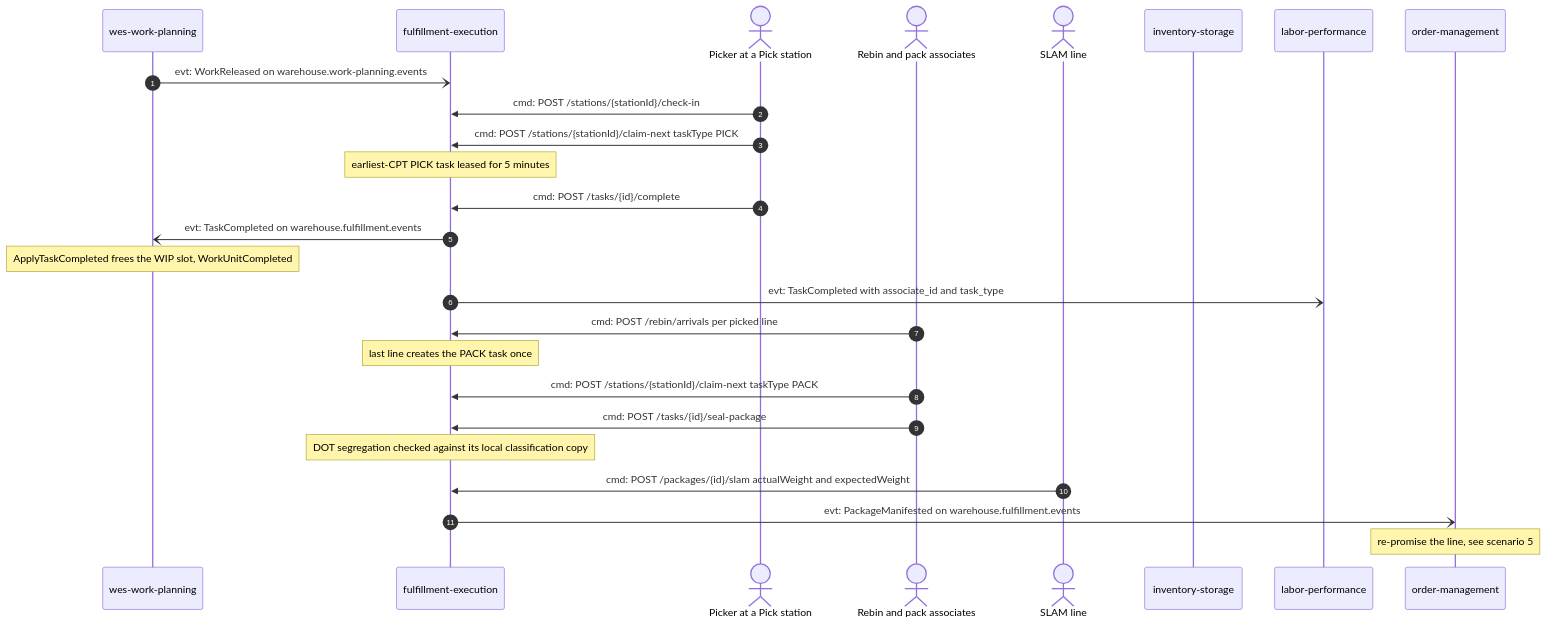
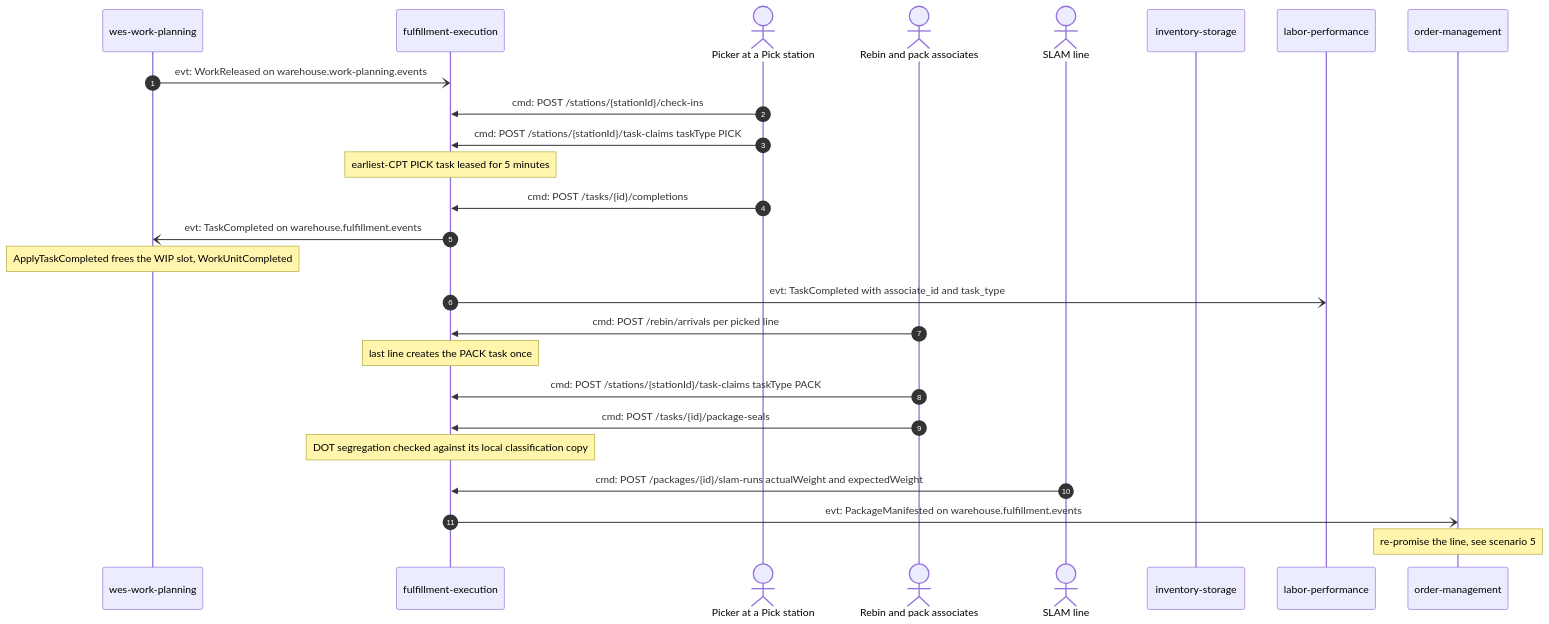
Before and after one commit to IQVO/warehouse-docs: the third of 11 diagrams in docs/strategic-design/domain-message-flows.md, drawn with Mermaid. The commit also changed other lines of this file and 272 other files, not shown here.

````diff
--- a/docs/strategic-design/domain-message-flows.md
+++ b/docs/strategic-design/domain-message-flows.md
@@ -202,28 +202,28 @@
 ```mermaid
 sequenceDiagram
     autonumber
     participant WP as wes-work-planning
     participant FE as fulfillment-execution
     actor Picker as Picker at a Pick station
     actor Packer as Rebin and pack associates
     actor Slam as SLAM line
     participant INV as inventory-storage
     participant LP as labor-performance
     participant OM as order-management
     WP-)FE: evt: WorkReleased on warehouse.work-planning.events
-    Picker->>FE: cmd: POST /stations/{stationId}/check-in
-    Picker->>FE: cmd: POST /stations/{stationId}/claim-next taskType PICK
+    Picker->>FE: cmd: POST /stations/{stationId}/check-ins
+    Picker->>FE: cmd: POST /stations/{stationId}/task-claims taskType PICK
     Note over FE: earliest-CPT PICK task leased for 5 minutes
-    Picker->>FE: cmd: POST /tasks/{id}/complete
+    Picker->>FE: cmd: POST /tasks/{id}/completions
     FE-)WP: evt: TaskCompleted on warehouse.fulfillment.events
     Note over WP: ApplyTaskCompleted frees the WIP slot, WorkUnitCompleted
     FE-)LP: evt: TaskCompleted with associate_id and task_type
     Packer->>FE: cmd: POST /rebin/arrivals per picked line
     Note over FE: last line creates the PACK task once
-    Packer->>FE: cmd: POST /stations/{stationId}/claim-next taskType PACK
-    Packer->>FE: cmd: POST /tasks/{id}/seal-package
+    Packer->>FE: cmd: POST /stations/{stationId}/task-claims taskType PACK
+    Packer->>FE: cmd: POST /tasks/{id}/package-seals
     Note over FE: DOT segregation checked against its local classification copy
-    Slam->>FE: cmd: POST /packages/{id}/slam actualWeight and expectedWeight
+    Slam->>FE: cmd: POST /packages/{id}/slam-runs actualWeight and expectedWeight
     FE-)OM: evt: PackageManifested on warehouse.fulfillment.events
     Note over OM: re-promise the line, see scenario 5
 ```
````
